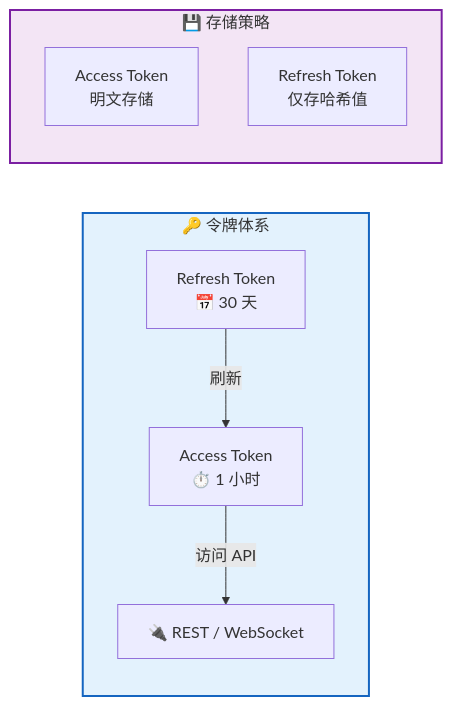
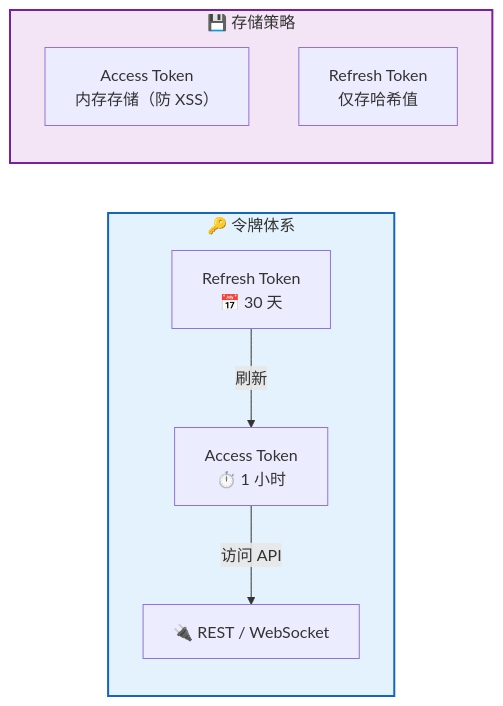
One commit to rtc-agent/docs changed the fourth of 9 diagrams in src/content/docs/integration/auth.md. Above: the diagram before and after it, drawn with Mermaid. The commit also changed other lines of this file and 12 other files, not shown here.

````diff
--- a/src/content/docs/integration/auth.md
+++ b/src/content/docs/integration/auth.md
@@ -101,17 +101,17 @@
 ```mermaid
 flowchart LR
     subgraph TOKENS["🔑 令牌体系"]
         direction TB
         A["Access Token<br/>⏱️ 1 小时"] -->|"访问 API"| API["🔌 REST / WebSocket"]
         B["Refresh Token<br/>📅 30 天"] -->|"刷新"| A
     end
 
     subgraph STORAGE["💾 存储策略"]
         direction TB
-        C["Access Token<br/>明文存储"]
+        C["Access Token<br/>内存存储（防 XSS）"]
         D["Refresh Token<br/>仅存哈希值"]
     end
 
     style TOKENS fill:#e3f2fd,stroke:#1565c0,stroke-width:2px
     style STORAGE fill:#f3e5f5,stroke:#7b1fa2,stroke-width:2px
 ```
````
